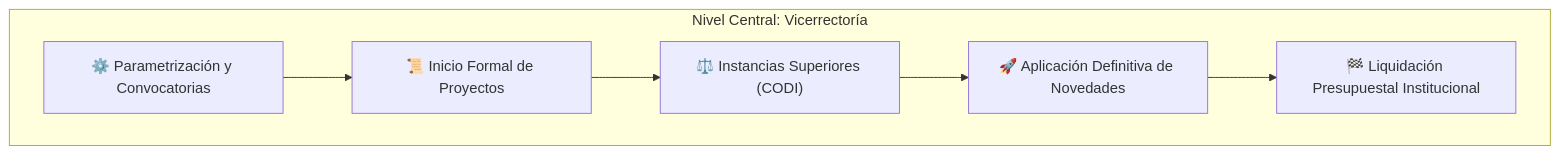
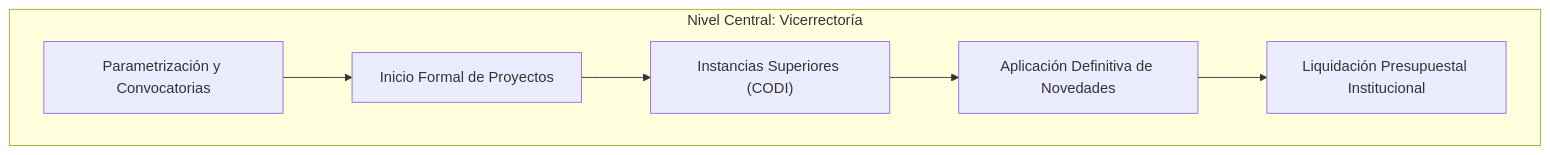
Before and after one commit to Colors-svg/Wiki: the first of 2 diagrams in wiki/01_ROLES/Rol_Vicerrectoria.md, drawn with Mermaid. The commit also changed other lines of this file and 25 other files, not shown here.

````diff
--- a/wiki/01_ROLES/Rol_Vicerrectoria.md
+++ b/wiki/01_ROLES/Rol_Vicerrectoria.md
@@ -16,9 +16,9 @@
 ```mermaid
 flowchart TD
     subgraph GOBIERNO_VICERRECTORIA["Nivel Central: Vicerrectoría"]
-        V1["⚙️ Parametrización y Convocatorias"] --> V2["📜 Inicio Formal de Proyectos"]
-        V2 --> V3["⚖️ Instancias Superiores (CODI)"]
-        V3 --> V4["🚀 Aplicación Definitiva de Novedades"]
-        V4 --> V5["🏁 Liquidación Presupuestal Institucional"]
+        V1["Parametrización y Convocatorias"] --> V2["Inicio Formal de Proyectos"]
+        V2 --> V3["Instancias Superiores (CODI)"]
+        V3 --> V4["Aplicación Definitiva de Novedades"]
+        V4 --> V5["Liquidación Presupuestal Institucional"]
     end
 ```
````
